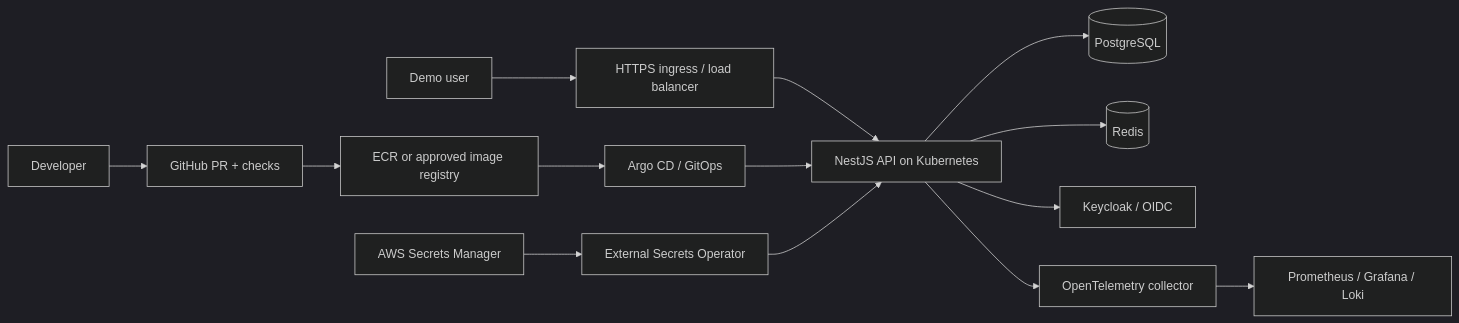
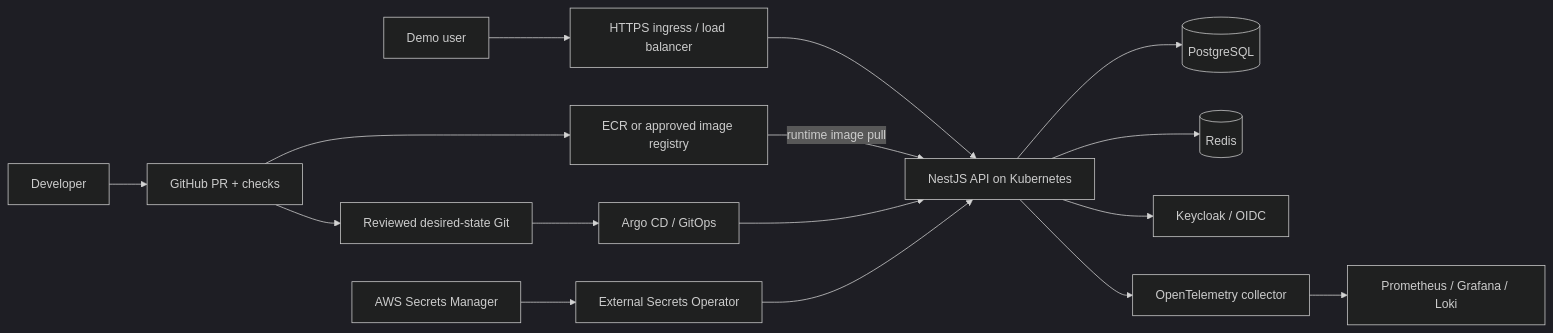
One commit to Kashmitha/secure-cloud-platform changed the diagram in PROJECT_BLUEPRINT.md. Above: the diagram before and after it, drawn with Mermaid (dark theme). The commit also changed other lines of this file and 5 other files, not shown here.

Commit message:
docs(p01): approve architecture and initial threat model

````diff
--- a/PROJECT_BLUEPRINT.md
+++ b/PROJECT_BLUEPRINT.md
@@ -91,16 +91,18 @@
 ```mermaid
 flowchart LR
   User[Demo user] --> Edge[HTTPS ingress / load balancer]
   Edge --> API[NestJS API on Kubernetes]
   API --> PG[(PostgreSQL)]
   API --> Redis[(Redis)]
   API --> KC[Keycloak / OIDC]
   API --> OTEL[OpenTelemetry collector]
   OTEL --> OBS[Prometheus / Grafana / Loki]
   Dev[Developer] --> PR[GitHub PR + checks]
   PR --> Registry[ECR or approved image registry]
-  Registry --> Argo[Argo CD / GitOps]
+  PR --> Desired[Reviewed desired-state Git]
+  Desired --> Argo[Argo CD / GitOps]
+  Registry -->|runtime image pull| API
   Argo --> API
   Secrets[AWS Secrets Manager] --> ESO[External Secrets Operator]
   ESO --> API
 ```
````
